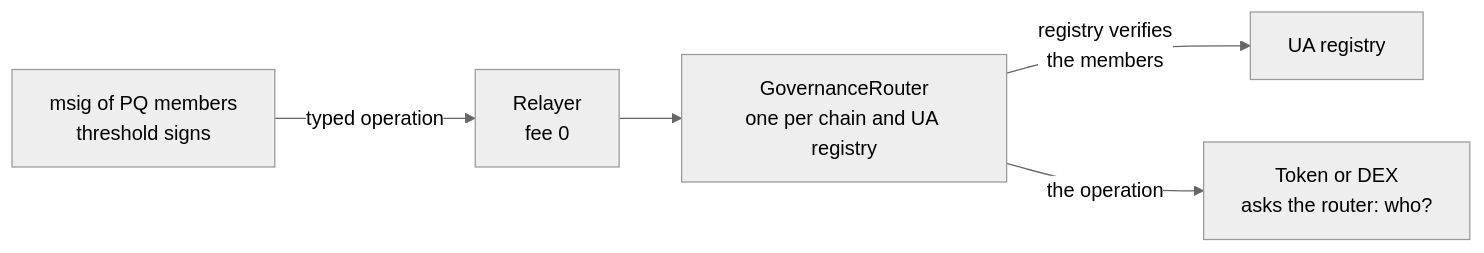
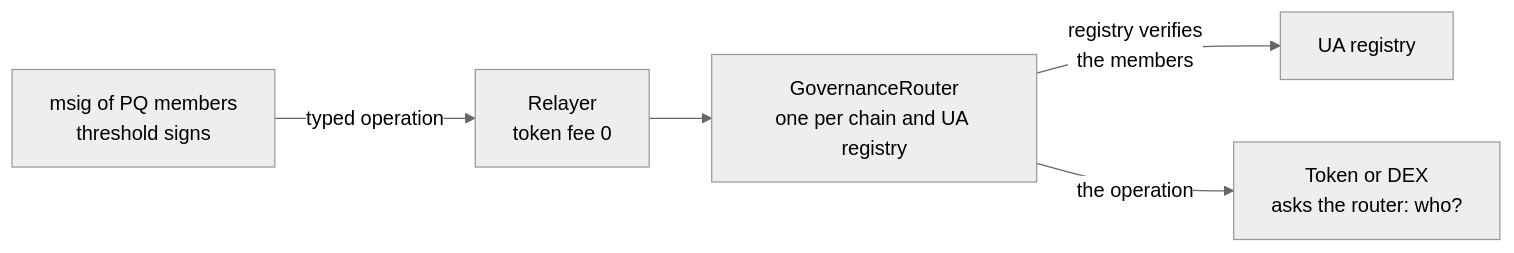
The fourth of 9 diagrams in README.md (dinhduongha/scaas), drawn with Mermaid (neutral theme) before and after one commit. The commit also changed other lines of this file and 45 other files, not shown here.

````diff
--- a/README.md
+++ b/README.md
@@ -419,7 +418,7 @@
 ```mermaid
 flowchart LR
-    M["msig of PQ members<br/>threshold signs"] -->|"typed operation"| R["Relayer<br/>fee 0"]
+    M["msig of PQ members<br/>threshold signs"] -->|"typed operation"| R["Relayer<br/>token fee 0"]
     R --> GR["GovernanceRouter<br/>one per chain and UA registry"]
     GR -->|"registry verifies<br/>the members"| G["UA registry"]
     GR -->|"the operation"| T["Token or DEX<br/>asks the router: who?"]
 ```
````
